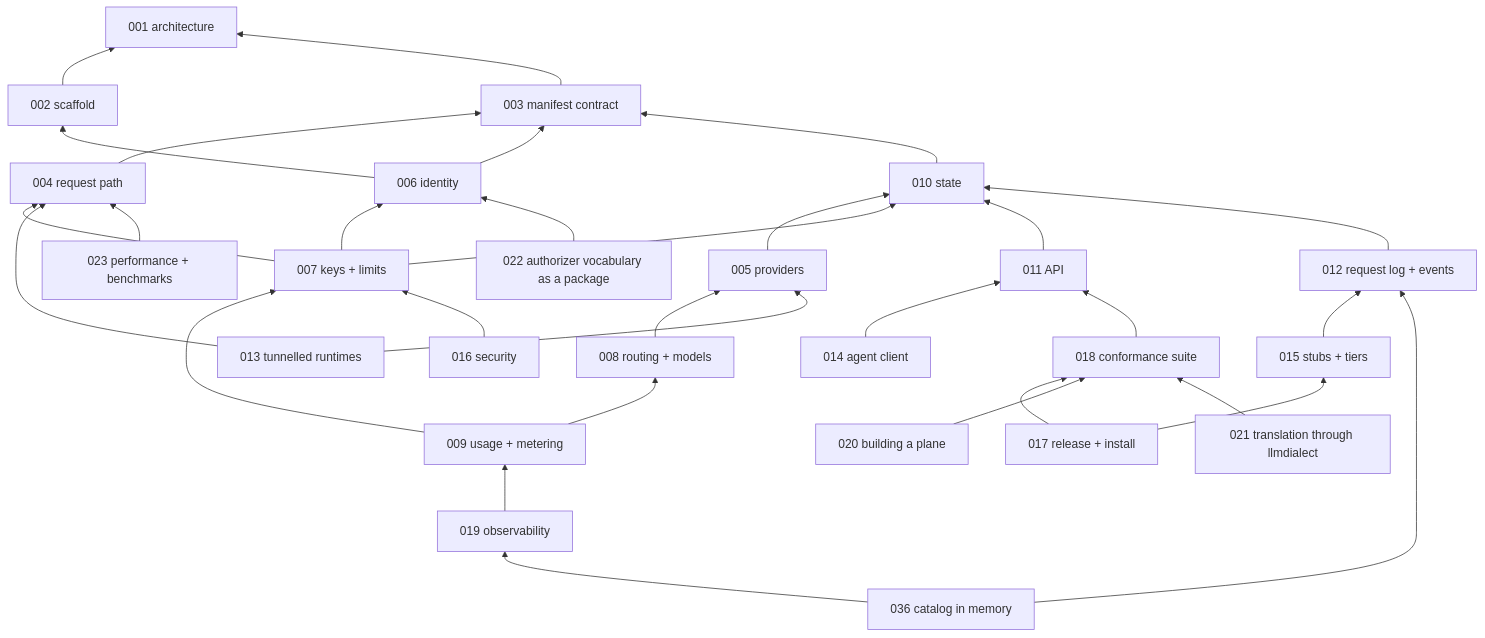
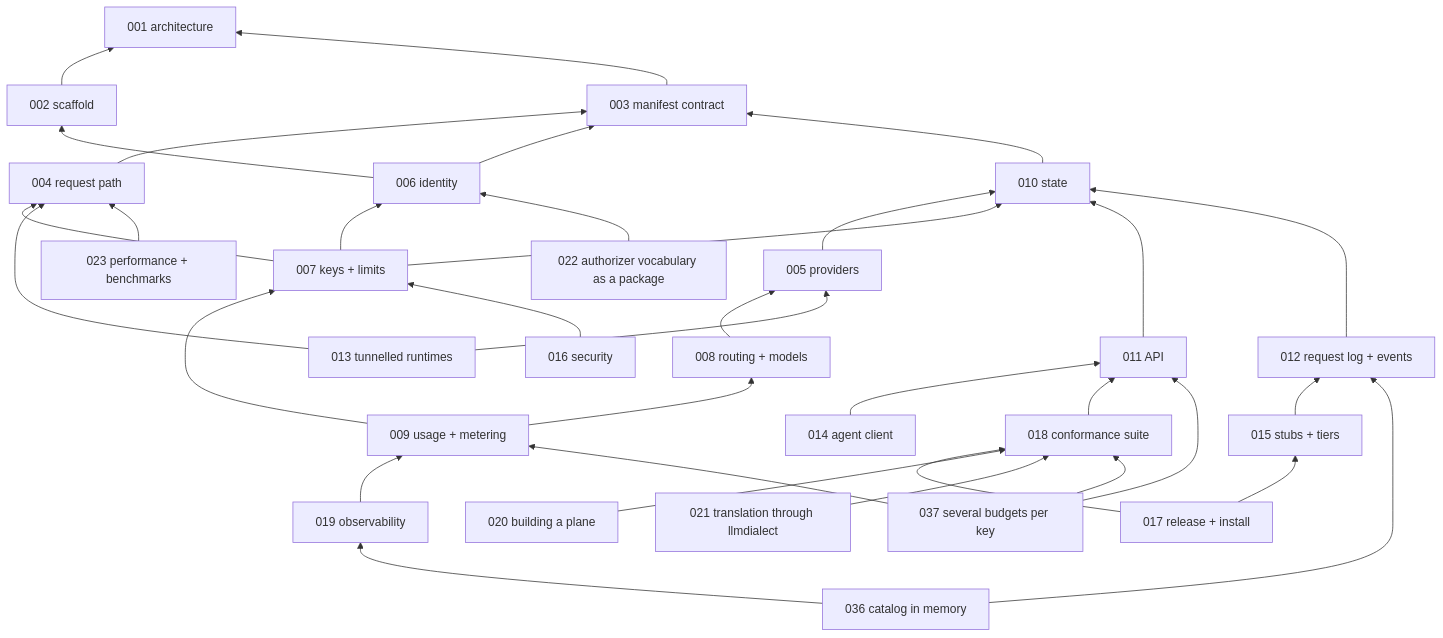
Before and after one commit to latere-ai/lux: the second of 2 diagrams in specs/README.md, drawn with Mermaid. The commit also changed other lines of this file and 1 other file, not shown here.

Commit message:
specs: 037 several budgets per key, anchored windows, and a restart

````diff
--- a/specs/README.md
+++ b/specs/README.md
@@ -100,57 +101,61 @@
 ```mermaid
 flowchart BT
   S001[001 architecture]
   S002[002 scaffold]
   S003[003 manifest contract]
   S004[004 request path]
   S005[005 providers]
   S006[006 identity]
   S007[007 keys + limits]
   S008[008 routing + models]
   S009[009 usage + metering]
   S010[010 state]
   S011[011 API]
   S012[012 request log + events]
   S013[013 tunnelled runtimes]
   S014[014 agent client]
   S015[015 stubs + tiers]
   S016[016 security]
   S017[017 release + install]
   S018[018 conformance suite]
   S019[019 observability]
   S020[020 building a plane]
   S021[021 translation through llmdialect]
   S022[022 authorizer vocabulary as a package]
   S023[023 performance + benchmarks]
   S036[036 catalog in memory]
+  S037[037 several budgets per key]
   S002 --> S001
   S003 --> S001
   S004 --> S003
   S005 --> S010
   S006 --> S002
   S006 --> S003
   S007 --> S004
   S007 --> S006
   S007 --> S010
   S008 --> S005
   S009 --> S007
   S009 --> S008
   S010 --> S003
   S011 --> S010
   S012 --> S010
   S013 --> S004
   S013 --> S005
   S014 --> S011
   S015 --> S012
   S016 --> S007
   S017 --> S015
   S017 --> S018
   S018 --> S011
   S019 --> S009
   S020 --> S018
   S021 --> S018
   S022 --> S006
   S023 --> S004
   S036 --> S012
   S036 --> S019
+  S037 --> S009
+  S037 --> S011
+  S037 --> S018
 ```
````
